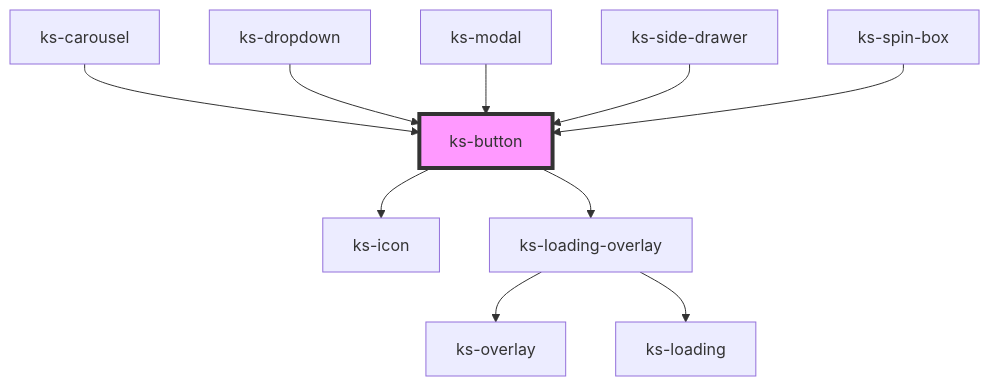
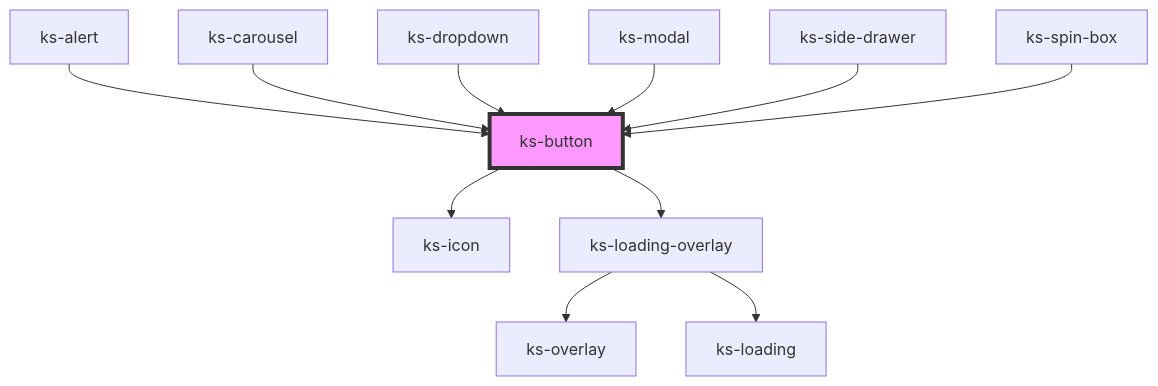
The diagram in src/scripts/components/button/readme.md (kickstand-ui/kickstand-ui), drawn with Mermaid before and after one commit. The commit also changed other lines of this file and 9 other files, not shown here.

````diff
--- a/src/scripts/components/button/readme.md
+++ b/src/scripts/components/button/readme.md
@@ -49,13 +50,14 @@
 ```mermaid
 graph TD;
   ks-button --> ks-icon
   ks-button --> ks-loading-overlay
   ks-loading-overlay --> ks-overlay
   ks-loading-overlay --> ks-loading
+  ks-alert --> ks-button
   ks-carousel --> ks-button
   ks-dropdown --> ks-button
   ks-modal --> ks-button
   ks-side-drawer --> ks-button
   ks-spin-box --> ks-button
   style ks-button fill:#f9f,stroke:#333,stroke-width:4px
 ```
````
